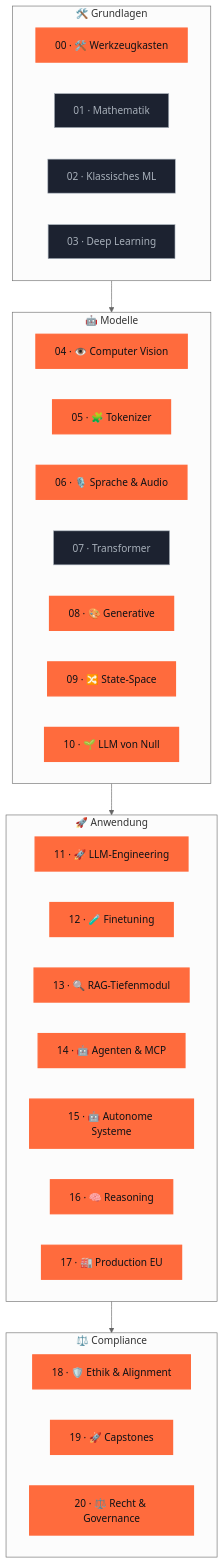
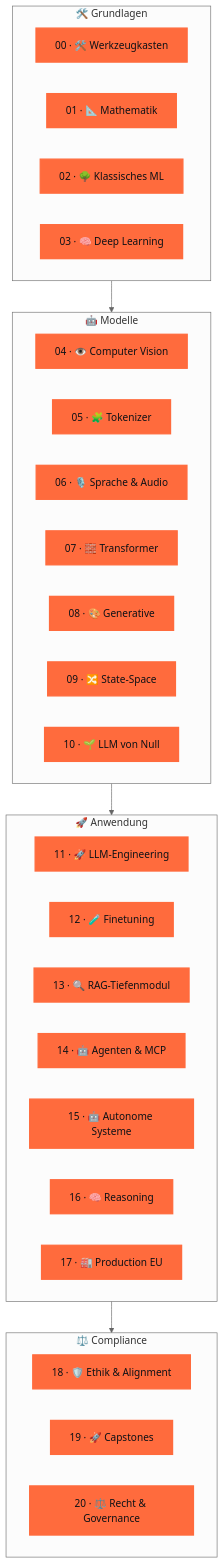
Before and after one commit to s-a-s-k-i-a/ki-engineering-werkstatt: the second of 3 diagrams in README.md, drawn with Mermaid (neutral theme). The commit also changed other lines of this file and 23 other files, not shown here.

````diff
--- a/README.md
+++ b/README.md
@@ -242,45 +242,45 @@
 ```mermaid
 flowchart TB
   subgraph G[" 🛠️ Grundlagen "]
     direction LR
     P00[00 · 🛠️ Werkzeugkasten]:::done
-    P01[01 · Mathematik]:::planned
-    P02[02 · Klassisches ML]:::planned
-    P03[03 · Deep Learning]:::planned
+    P01[01 · 📐 Mathematik]:::done
+    P02[02 · 🌳 Klassisches ML]:::done
+    P03[03 · 🧠 Deep Learning]:::done
   end
 
   subgraph M[" 🤖 Modelle "]
     direction LR
     P04[04 · 👁️ Computer Vision]:::done
     P05[05 · 🧩 Tokenizer]:::done
     P06[06 · 🎙️ Sprache & Audio]:::done
-    P07[07 · Transformer]:::planned
+    P07[07 · 🧱 Transformer]:::done
     P08[08 · 🎨 Generative]:::done
     P09[09 · 🔀 State-Space]:::done
     P10[10 · 🌱 LLM von Null]:::done
   end
 
   subgraph A[" 🚀 Anwendung "]
     direction LR
     P11[11 · 🚀 LLM-Engineering]:::done
     P12[12 · 🧪 Finetuning]:::done
     P13[13 · 🔍 RAG-Tiefenmodul]:::done
     P14[14 · 🤖 Agenten & MCP]:::done
     P15[15 · 🤖 Autonome Systeme]:::done
     P16[16 · 🧠 Reasoning]:::done
     P17[17 · 🏭 Production EU]:::done
   end
 
   subgraph C[" ⚖️ Compliance "]
     direction LR
     P18[18 · 🛡️ Ethik & Alignment]:::done
     P19[19 · 🚀 Capstones]:::done
     P20[20 · ⚖️ Recht & Governance]:::done
   end
 
   G --> M --> A --> C
 
   classDef done fill:#FF6B3D,color:#0E1116,stroke:#FF6B3D,stroke-width:2px
   classDef wip fill:#3D8BFF,color:#FFF,stroke:#3D8BFF,stroke-width:2px,stroke-dasharray:5
   classDef planned fill:#1c2230,color:#A8B0BA,stroke:#A8B0BA,stroke-width:1px
 ```
````
